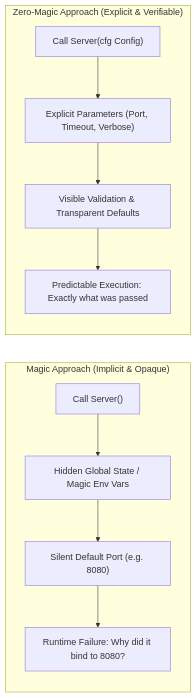
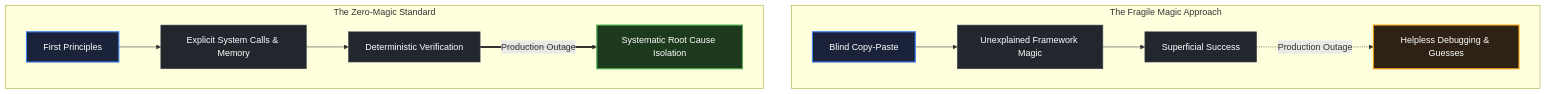
Before and after one commit to swe-labs/the-go-engineer: the diagram in curriculum/modules/00-orientation/lessons/02-what-zero-magic-means/README.md, drawn with Mermaid. The commit also changed other lines of this file and 42 other files, not shown here.

````diff
--- a/curriculum/modules/00-orientation/lessons/02-what-zero-magic-means/README.md
+++ b/curriculum/modules/00-orientation/lessons/02-what-zero-magic-means/README.md
@@ -36,20 +35,19 @@
 ```mermaid
-flowchart LR
+flowchart TD
     classDef frontDoor fill:#1a233a,stroke:#3b82f6,stroke-width:2px,color:#ffffff;
     classDef exitGate fill:#1e3a1e,stroke:#4caf50,stroke-width:2px,color:#ffffff;
     classDef standardNode fill:#22272e,stroke:#444c56,stroke-width:1px,color:#ffffff;
     classDef capstoneNode fill:#2d2215,stroke:#f59e0b,stroke-width:2px,color:#ffffff;
-    subgraph Magic ["Magic Approach (Implicit & Opaque)"]
-        direction TB
-        M1["Call Server()"] --> M2["Hidden Global State / Magic Env Vars"]
-        M2 --> M3["Silent Default Port (e.g. 8080)"]
-        M3 --> M4["Runtime Failure: Why did it bind to 8080?"]
+
+    subgraph BlackBox ["The Fragile Magic Approach"]
+        B1["Blind Copy-Paste"]:::frontDoor --> B2["Unexplained Framework Magic"]:::standardNode
+        B2 --> B3["Superficial Success"]:::standardNode
+        B3 -.->|Production Outage| B4["Helpless Debugging & Guesses"]:::capstoneNode
     end
 
-    subgraph ZeroMagic ["Zero-Magic Approach (Explicit & Verifiable)"]
-        direction TB
-        Z1["Call Server(cfg Config)"] --> Z2["Explicit Parameters (Port, Timeout, Verbose)"]
-        Z2 --> Z3["Visible Validation & Transparent Defaults"]
-        Z3 --> Z4["Predictable Execution: Exactly what was passed"]
+    subgraph ZeroMagic ["The Zero-Magic Standard"]
+        Z1["First Principles"]:::frontDoor --> Z2["Explicit System Calls & Memory"]:::standardNode
+        Z2 --> Z3["Deterministic Verification"]:::standardNode
+        Z3 ==>|Production Outage| Z4["Systematic Root Cause Isolation"]:::exitGate
     end
 ```
````
